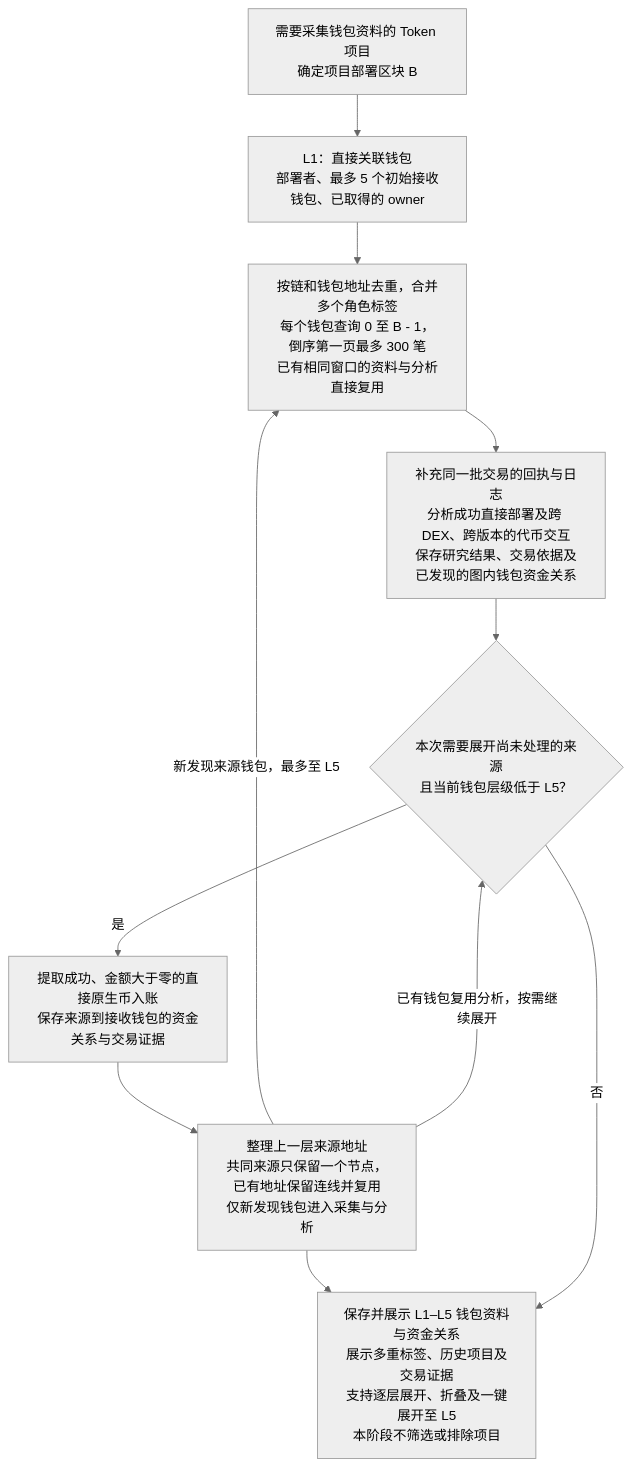
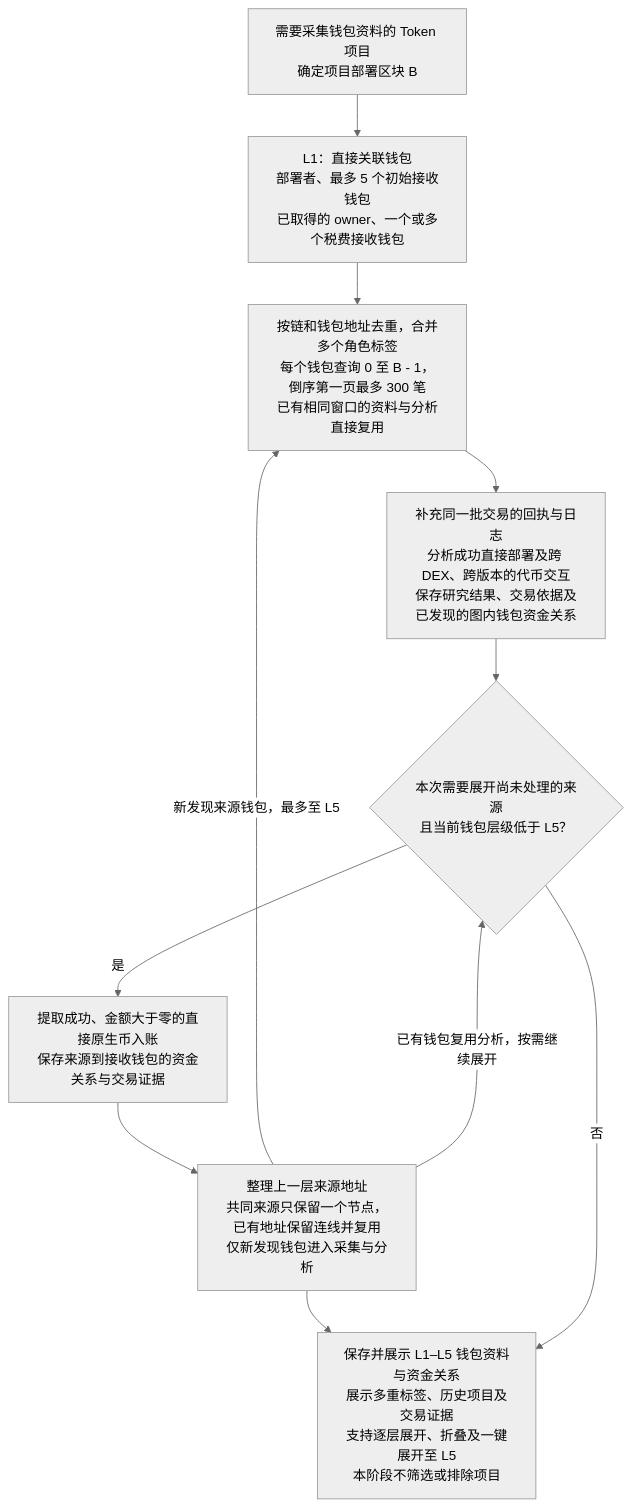
The diagram in docs/project/token-wallet-research-flow.md (useryege/athena-o), drawn with Mermaid (neutral theme) before and after one commit. The commit also changed other lines of this file and 9 other files, not shown here.

````diff
--- a/docs/project/token-wallet-research-flow.md
+++ b/docs/project/token-wallet-research-flow.md
@@ -25,13 +25,13 @@
 ```mermaid
 flowchart TD
-    A["需要采集钱包资料的 Token 项目<br/>确定项目部署区块 B"] --> B["L1：直接关联钱包<br/>部署者、最多 5 个初始接收钱包、已取得的 owner"]
+    A["需要采集钱包资料的 Token 项目<br/>确定项目部署区块 B"] --> B["L1：直接关联钱包<br/>部署者、最多 5 个初始接收钱包<br/>已取得的 owner、一个或多个税费接收钱包"]
     B --> C["按链和钱包地址去重，合并多个角色标签<br/>每个钱包查询 0 至 B - 1，倒序第一页最多 300 笔<br/>已有相同窗口的资料与分析直接复用"]
     C --> D["补充同一批交易的回执与日志<br/>分析成功直接部署及跨 DEX、跨版本的代币交互<br/>保存研究结果、交易依据及已发现的图内钱包资金关系"]
     D --> E{"本次需要展开尚未处理的来源<br/>且当前钱包层级低于 L5？"}
     E -->|是| F["提取成功、金额大于零的直接原生币入账<br/>保存来源到接收钱包的资金关系与交易证据"]
     F --> G["整理上一层来源地址<br/>共同来源只保留一个节点，已有地址保留连线并复用<br/>仅新发现钱包进入采集与分析"]
     G -->|新发现来源钱包，最多至 L5| C
     G -->|已有钱包复用分析，按需继续展开| E
     G --> H["保存并展示 L1–L5 钱包资料与资金关系<br/>展示多重标签、历史项目及交易证据<br/>支持逐层展开、折叠及一键展开至 L5<br/>本阶段不筛选或排除项目"]
     E -->|否| H
 ```
````
